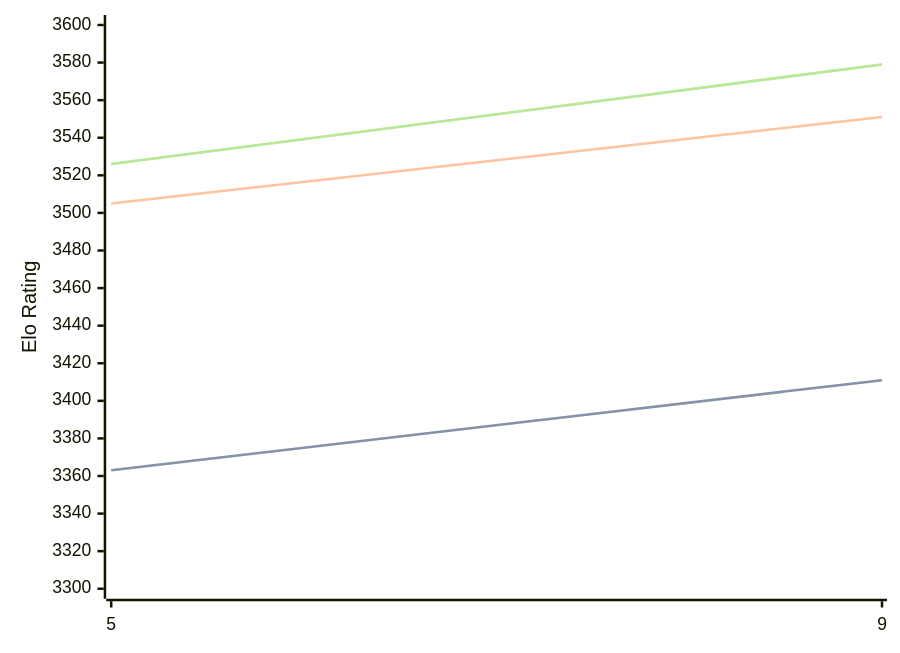
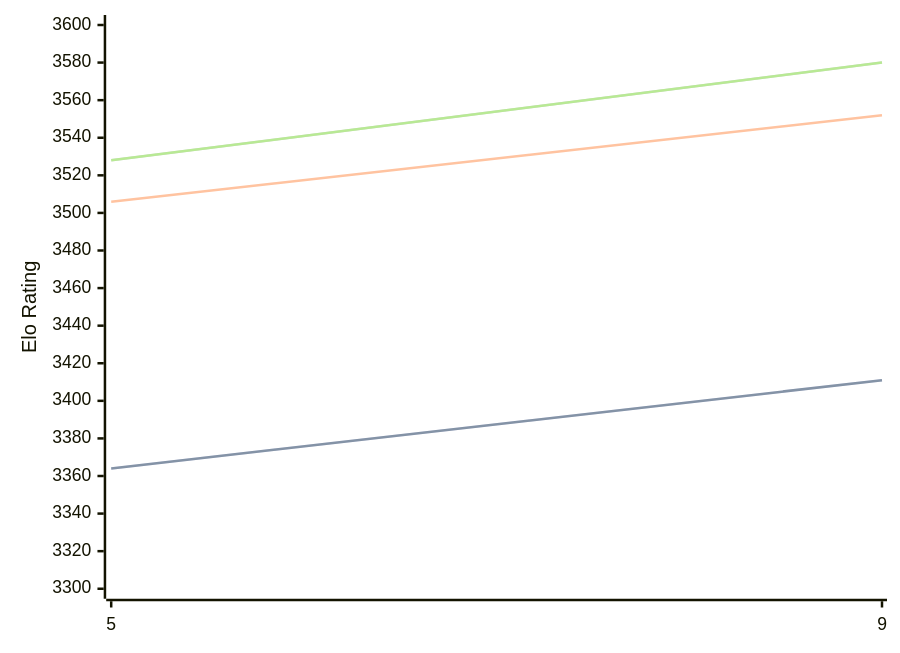
The third of 3 diagrams in engines/Crystal.md (computer-chess-index/cci), drawn with Mermaid before and after one commit. The commit also changed other lines of this file, not shown here.

Commit message:
Update CCI Ratings (ELO VLTC) - 2026-06-23

````diff
--- a/engines/Crystal.md
+++ b/engines/Crystal.md
@@ -93,11 +93,11 @@
 ```mermaid
 %%{init: {"theme":"base","themeVariables":{"seriesColors:['#a3a3a3','#222221','#faa371']}}}%%
 xychart-beta
   x-axis ["5", "9"]
   y-axis "Elo Rating" 3300 --> 3600
-  line "STC (8.0+0.08s)" [3363, 3411]
-  line "STC (8.0+0.08s)" [3363, 3411]
-  line "LTC (60.0+0.60s)" [3505, 3551]
-  line "VLTC (2m24s+1.12s)" [3526, 3579]
-  line "VLTC (2m24s+1.12s)" [3526, 3579]
+  line "STC (8.0+0.08s)" [3364, 3411]
+  line "STC (8.0+0.08s)" [3364, 3411]
+  line "LTC (60.0+0.60s)" [3506, 3552]
+  line "VLTC (2m24s+1.12s)" [3528, 3580]
+  line "VLTC (2m24s+1.12s)" [3528, 3580]
 ```
````
